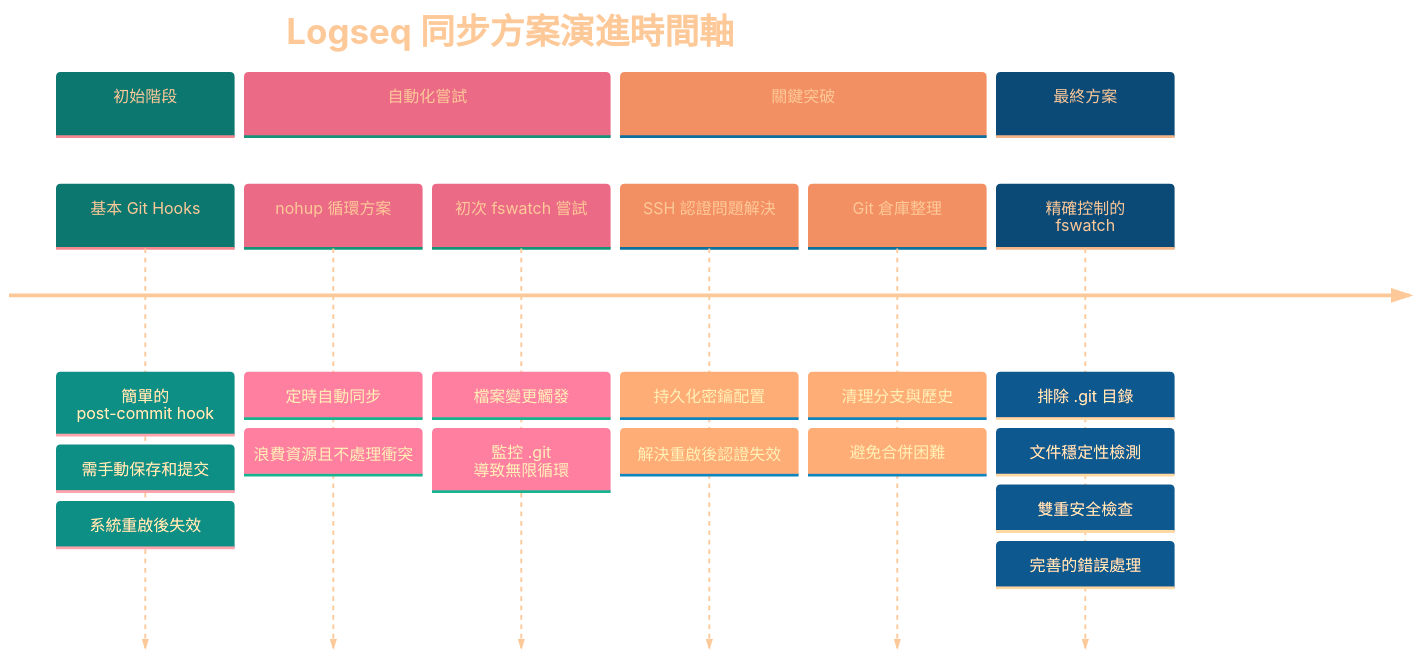
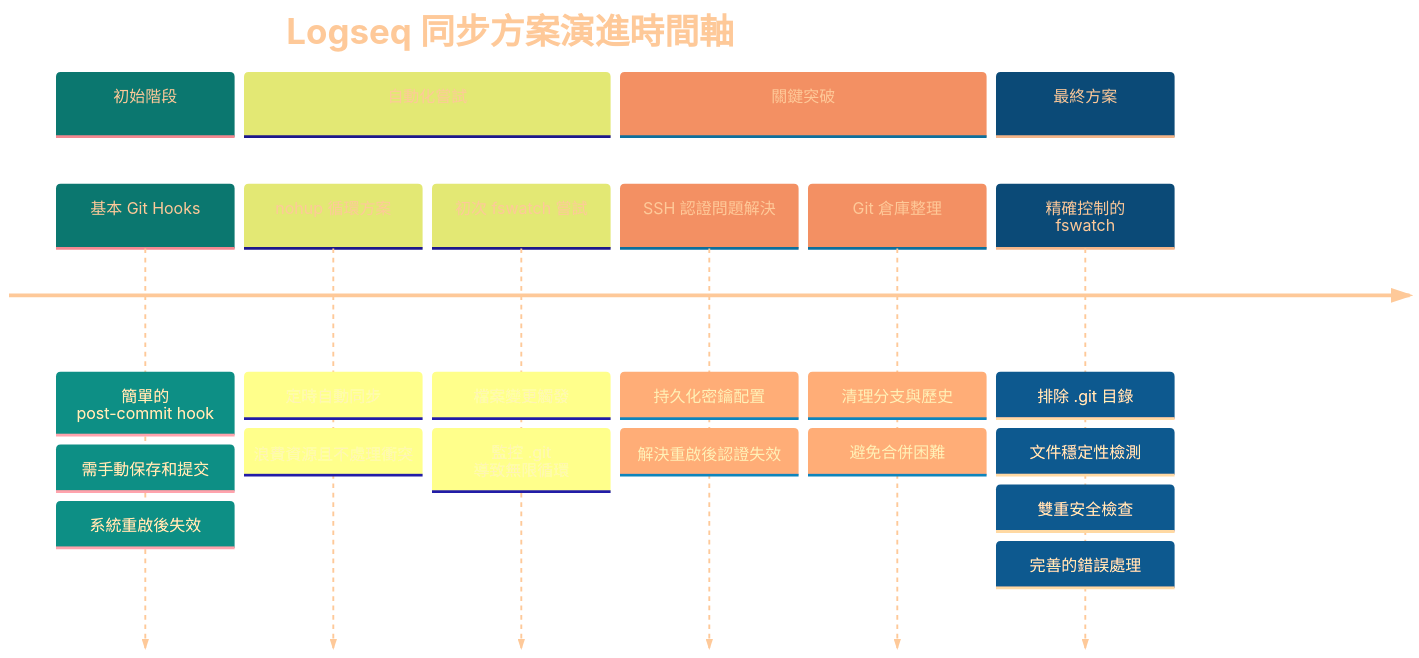
One commit to GengGeng026/Sync-Logseq changed the first of 2 diagrams in Logseq同步方案演進記錄.md. Above: the diagram before and after it, drawn with Mermaid.

Commit message:
Auto-sync: Wed Mar 26 10:05:36 +08 2025

````diff
--- a/Logseq同步方案演進記錄.md
+++ b/Logseq同步方案演進記錄.md
@@ -24,38 +24,38 @@
 ```mermaid
 %%{init: {
   'theme': 'base', 
   'themeVariables': {
     'primaryTextColor': '#FEC999',
     'primaryColor': '#19E9D9',
-    'secondaryColor': '#FADAE1',
+    'secondaryColor': '#F9FAE1',
     'tertiaryColor': '#FCE4D9',
     'primaryBorderColor': '#A9D9D9',
     'background': 'transparent',
     'clusterBkg': 'transparent',
     'fontFamily': 'default',
     'fontSize': '17px',
     'fontWeight': 'normal'
   }
 }}%%
 timeline
     title Logseq 同步方案演進時間軸
     section 初始階段
         基本 Git Hooks : 簡單的 post-commit hook
         : 需手動保存和提交
         : 系統重啟後失效
     section 自動化嘗試
         nohup 循環方案 : 定時自動同步
         : 浪費資源且不處理衝突
         初次 fswatch 嘗試 : 檔案變更觸發
         : 監控 .git 導致無限循環
     section 關鍵突破
         SSH 認證問題解決 : 持久化密鑰配置
         : 解決重啟後認證失效
         Git 倉庫整理 : 清理分支與歷史
         : 避免合併困難
     section 最終方案
         精確控制的 fswatch : 排除 .git 目錄
         : 文件穩定性檢測
         : 雙重安全檢查
         : 完善的錯誤處理
 ```
````
